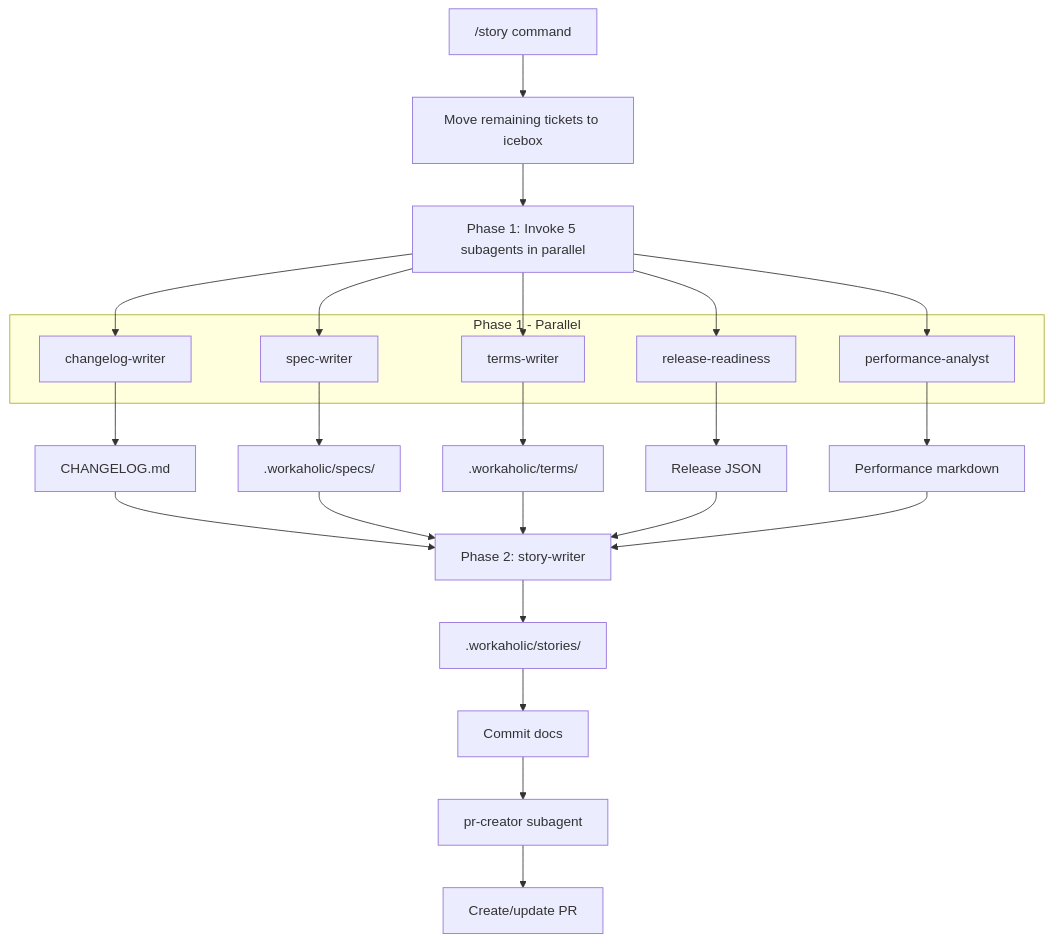
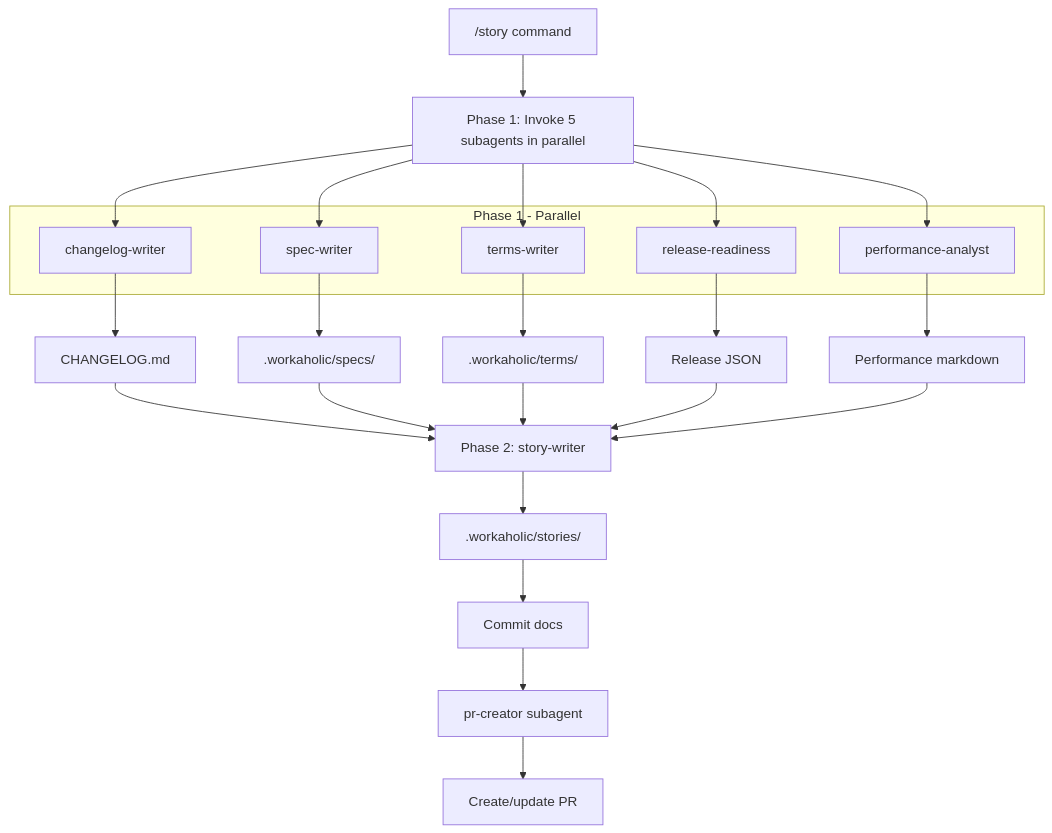
One commit to qmu/workaholic changed the sixth of 6 diagrams in .workaholic/specs/architecture.md. Above: the diagram before and after it, drawn with Mermaid. The commit also changed other lines of this file and 24 other files, not shown here.

````diff
--- a/.workaholic/specs/architecture.md
+++ b/.workaholic/specs/architecture.md
@@ -313,37 +313,36 @@
 ```mermaid
 flowchart TD
-    A["/story command"] --> B[Move remaining tickets to icebox]
-    B --> C[Phase 1: Invoke 5 subagents in parallel]
+    A["/story command"] --> C[Phase 1: Invoke 5 subagents in parallel]
 
     subgraph Phase 1 - Parallel
         D[changelog-writer]
         F[spec-writer]
         G[terms-writer]
         RR[release-readiness]
         PA[performance-analyst]
     end
 
     C --> D
     C --> F
     C --> G
     C --> RR
     C --> PA
 
     D --> H[CHANGELOG.md]
     F --> J[.workaholic/specs/]
     G --> K[.workaholic/terms/]
     RR --> RL[Release JSON]
     PA --> PM[Performance markdown]
 
     H --> P2[Phase 2: story-writer]
     J --> P2
     K --> P2
     RL --> P2
     PM --> P2
 
     P2 --> I[.workaholic/stories/]
     I --> L[Commit docs]
 
     L --> M[pr-creator subagent]
     M --> N[Create/update PR]
 ```
````
